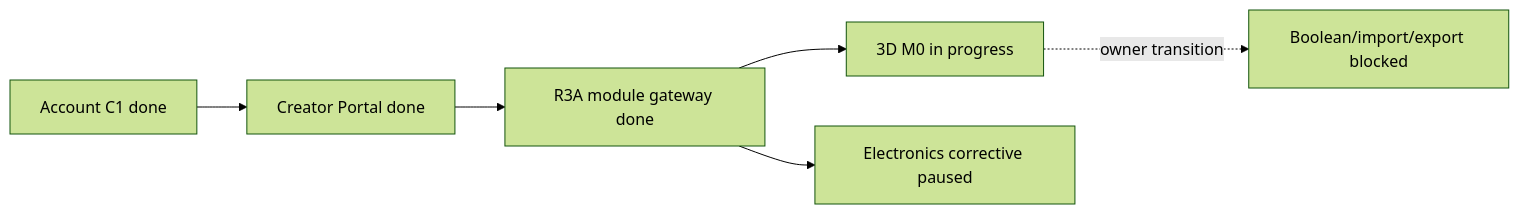
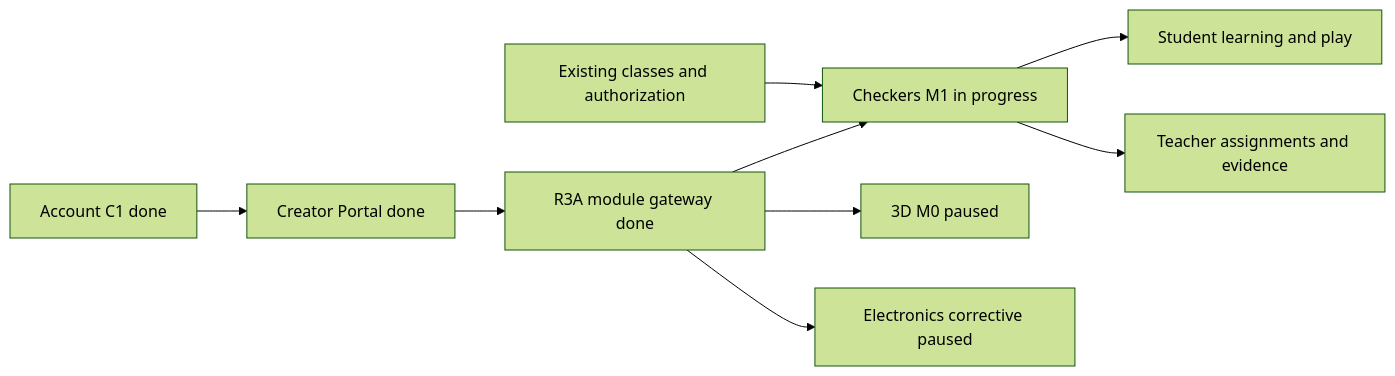
The diagram in docs/project-map/PROJECT_MAP.md (spikeal8-maker/asa-lab), drawn with Mermaid (forest theme) before and after one commit. The commit also changed other lines of this file and 13 other files, not shown here.

````diff
--- a/docs/project-map/PROJECT_MAP.md
+++ b/docs/project-map/PROJECT_MAP.md
@@ -28,8 +27,11 @@
 ```mermaid
 flowchart LR
   ACCOUNT["Account C1 done"] --> PORTAL["Creator Portal done"]
   PORTAL --> GATE["R3A module gateway done"]
-  GATE --> M0["3D M0 in progress"]
+  GATE --> CHECKERS["Checkers M1 in progress"]
+  GATE --> THREED["3D M0 paused"]
   GATE --> ELECTRONICS["Electronics corrective paused"]
-  M0 -. owner transition .-> NEXT3D["Boolean/import/export blocked"]
+  CLASSROOM["Existing classes and authorization"] --> CHECKERS
+  CHECKERS --> STUDENT["Student learning and play"]
+  CHECKERS --> TEACHER["Teacher assignments and evidence"]
 ```
````
